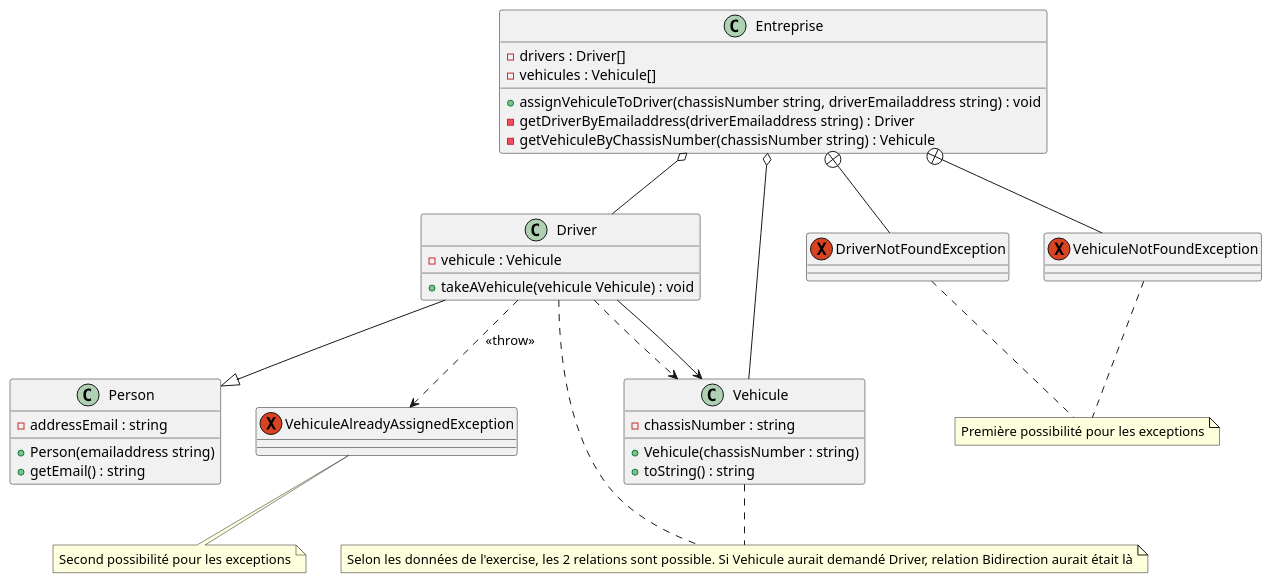
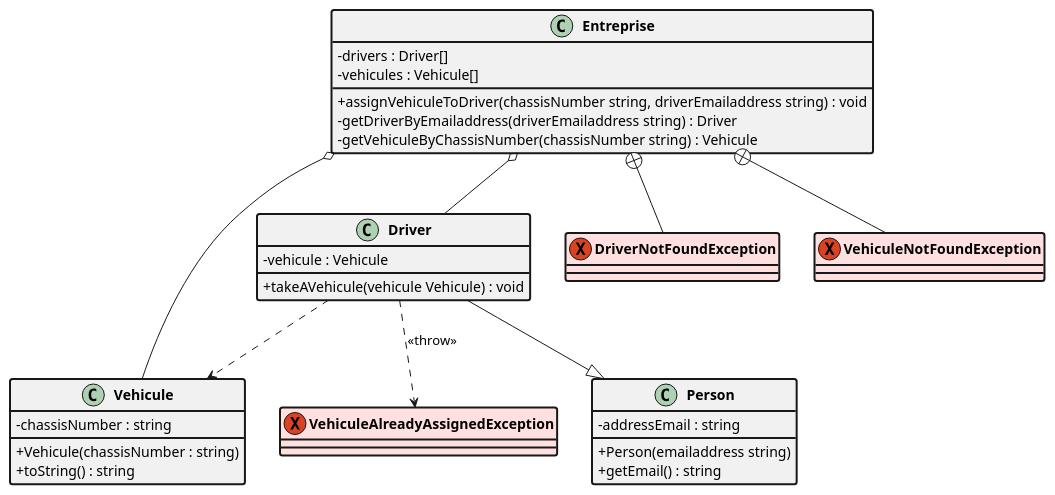
One commit to NathanChauveau/SequenceToCode changed the diagram in diagramClass corrigé.wsd. Above: the diagram before and after it, drawn with PlantUML.

Commit message:
add style to be as similar as the answer

```diff
--- a/diagramClass corrigé.wsd
+++ b/diagramClass corrigé.wsd
@@ -1,46 +1,49 @@
 @startuml
-class Entreprise
-class Driver
-class Person
-class Vehicule
-exception DriverNotFoundException 
-exception VehiculeNotFoundException
-exception VehiculeAlreadyAssignedException
+skinparam classAttributeIconSize 0
+<style>
+classDiagram {
+  header {
+    fontstyle bold
+    
+  }
+
+}
+</style>
+
+class Entreprise #line.bold
+class Driver #line.bold
+class Person #line.bold
+class Vehicule #line.bold
+exception DriverNotFoundException #IMPLEMENTATION;line.bold
+exception VehiculeNotFoundException #IMPLEMENTATION;line.bold
+exception VehiculeAlreadyAssignedException #IMPLEMENTATION;line.bold
 
 Entreprise : -drivers : Driver[]
 Entreprise : -vehicules : Vehicule[]
 Entreprise : +assignVehiculeToDriver(chassisNumber string, driverEmailaddress string) : void
 Entreprise : -getDriverByEmailaddress(driverEmailaddress string) : Driver
 Entreprise : -getVehiculeByChassisNumber(chassisNumber string) : Vehicule
 
 Driver : -vehicule : Vehicule
 Driver : +takeAVehicule(vehicule Vehicule) : void
 
 Person : -addressEmail : string
 Person : +Person(emailaddress string)
 Person : +getEmail() : string
 
 Vehicule : +Vehicule(chassisNumber : string)
 Vehicule : +toString() : string
 Vehicule : -chassisNumber : string 
  
 
 Entreprise o-- Driver
 Entreprise o-- Vehicule
 Driver --|> Person
 Entreprise +-- DriverNotFoundException 
 Entreprise +-- VehiculeNotFoundException 
 Driver ..> Vehicule
-Driver --> Vehicule
 Driver ..> VehiculeAlreadyAssignedException : << throw >> 
 
-note "Première possibilité pour les exceptions" as N1
-note "Second possibilité pour les exceptions" as N2
-note "Selon les données de l'exercise, les 2 relations sont possible. Si Vehicule aurait demandé Driver, relation Bidirection aurait était là" as N3
-Driver .. N3
-Vehicule .. N3
-DriverNotFoundException .. N1
-VehiculeNotFoundException .. N1
-VehiculeAlreadyAssignedException .. N2
+
 
 @enduml
```
